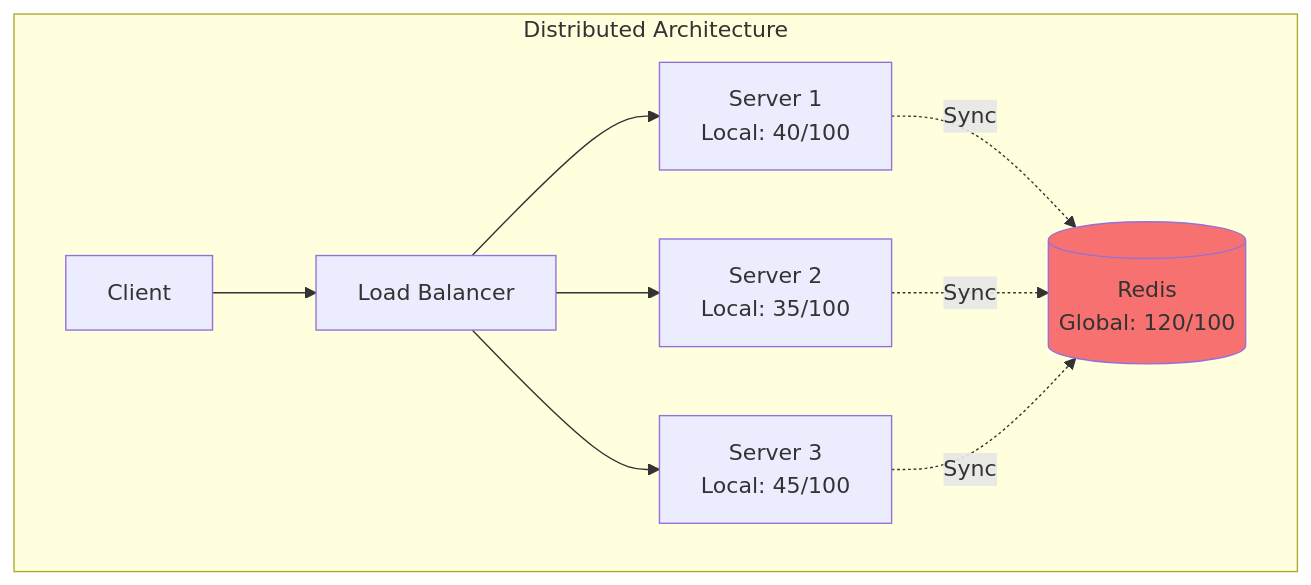
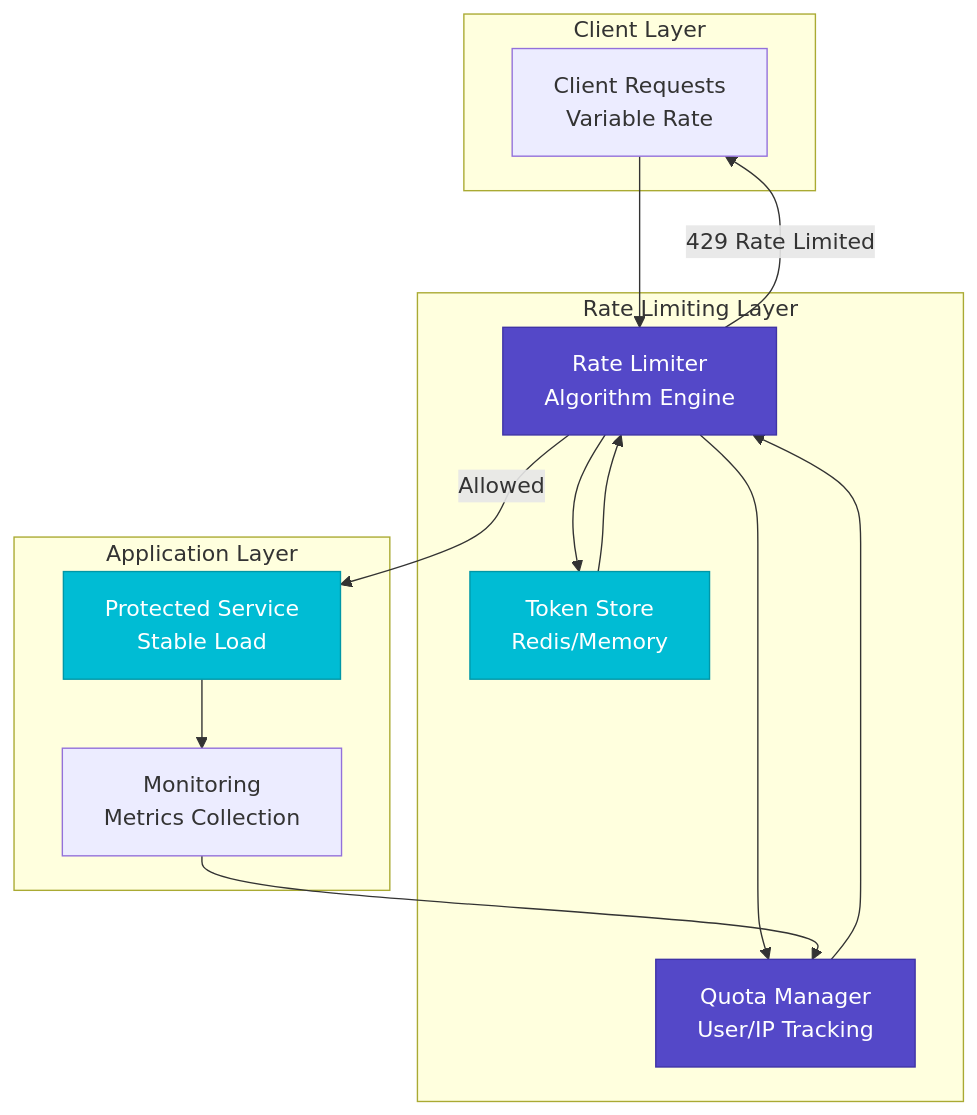
One commit to deepaucksharma/DStudio changed the second of 6 diagrams in docs/pattern-library/scaling/rate-limiting.md. Above: the diagram before and after it, drawn with Mermaid. The commit also changed other lines of this file and 23 other files, not shown here.

````diff
--- a/docs/pattern-library/scaling/rate-limiting.md
+++ b/docs/pattern-library/scaling/rate-limiting.md
@@ -149,13 +113,34 @@
 ```mermaid
 graph TB
-    subgraph "Distributed Architecture"
-        C[Client] --> LB[Load Balancer]
-        LB --> S1[Server 1<br/>Local: 40/100]
-        LB --> S2[Server 2<br/>Local: 35/100]
-        LB --> S3[Server 3<br/>Local: 45/100]
-        
-        S1 & S2 & S3 -.->|Sync| RS[(Redis<br/>Global: 120/100)]
+    subgraph "Client Layer"
+        A[Client Requests<br/>Variable Rate]
     end
     
-    style RS fill:#f87171
+    subgraph "Rate Limiting Layer"
+        B[Rate Limiter<br/>Algorithm Engine]
+        C[Token Store<br/>Redis/Memory]
+        D[Quota Manager<br/>User/IP Tracking]
+    end
+    
+    subgraph "Application Layer"
+        E[Protected Service<br/>Stable Load]
+        F[Monitoring<br/>Metrics Collection]
+    end
+    
+    A --> B
+    B --> C
+    B --> D
+    C --> B
+    D --> B
+    
+    B -->|Allowed| E
+    B -->|429 Rate Limited| A
+    E --> F
+    F --> D
+    
+    classDef primary fill:#5448C8,stroke:#3f33a6,color:#fff
+    classDef secondary fill:#00BCD4,stroke:#0097a7,color:#fff
+    
+    class B,D primary
+    class C,E secondary
 ```
````
